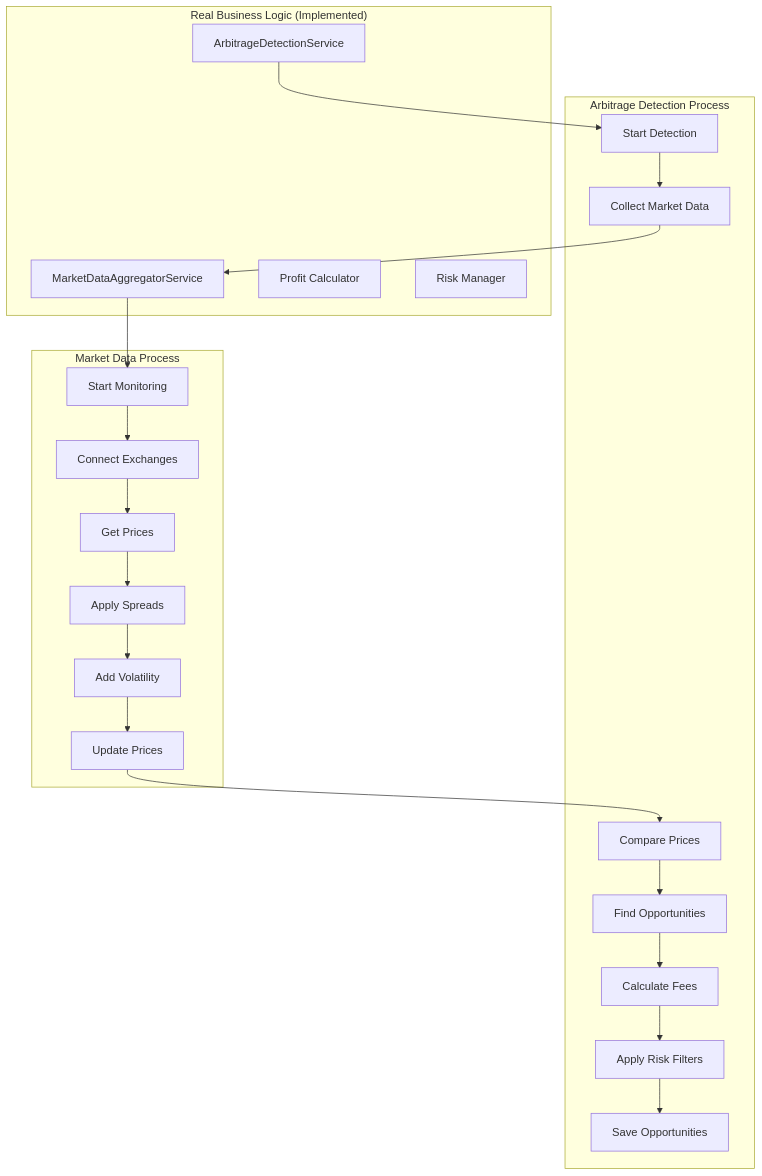
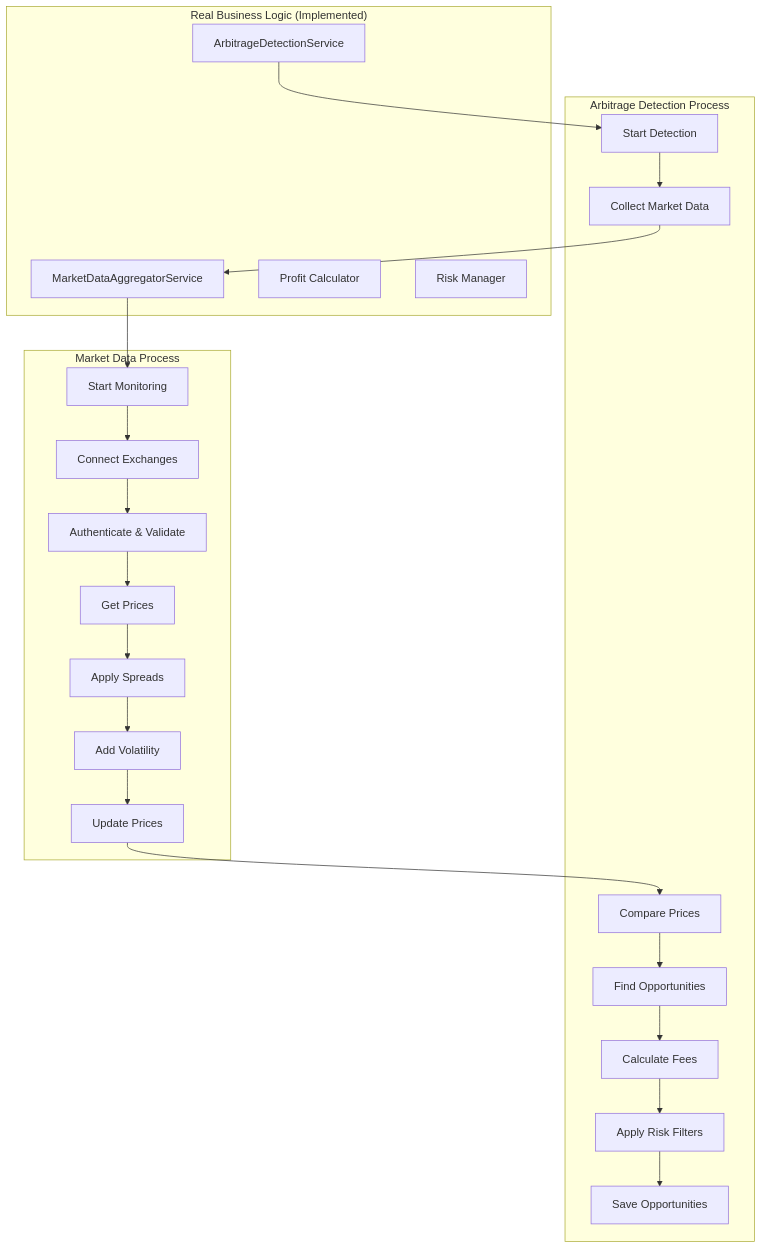
Before and after one commit to ygor/crypto-arbitrage: the third of 3 diagrams in ARCHITECTURE.md, drawn with Mermaid. The commit also changed other lines of this file and 5 other files, not shown here.

````diff
--- a/ARCHITECTURE.md
+++ b/ARCHITECTURE.md
@@ -205,43 +313,45 @@
 ```mermaid
 graph TB
     subgraph "Real Business Logic (Implemented)"
         ADS[ArbitrageDetectionService]
         MDA[MarketDataAggregatorService]
         PC[Profit Calculator]
         RM[Risk Manager]
     end
     
     subgraph "Arbitrage Detection Process"
         SP[Start Detection]
         CM[Collect Market Data]
         CP[Compare Prices]
         FO[Find Opportunities]
         CF[Calculate Fees]
         AP[Apply Risk Filters]
         SO[Save Opportunities]
     end
     
     subgraph "Market Data Process"
         SM[Start Monitoring]
         CE[Connect Exchanges]
+        AV[Authenticate & Validate]
         GP[Get Prices]
         AS[Apply Spreads]
-        AV[Add Volatility]
+        AVol[Add Volatility]
         UP[Update Prices]
     end
     
     ADS --> SP
     SP --> CM
     CM --> MDA
     MDA --> SM
     SM --> CE
-    CE --> GP
+    CE --> AV
+    AV --> GP
     GP --> AS
-    AS --> AV
-    AV --> UP
+    AS --> AVol
+    AVol --> UP
     UP --> CP
     CP --> FO
     FO --> CF
     CF --> AP
     AP --> SO
 ```
````
